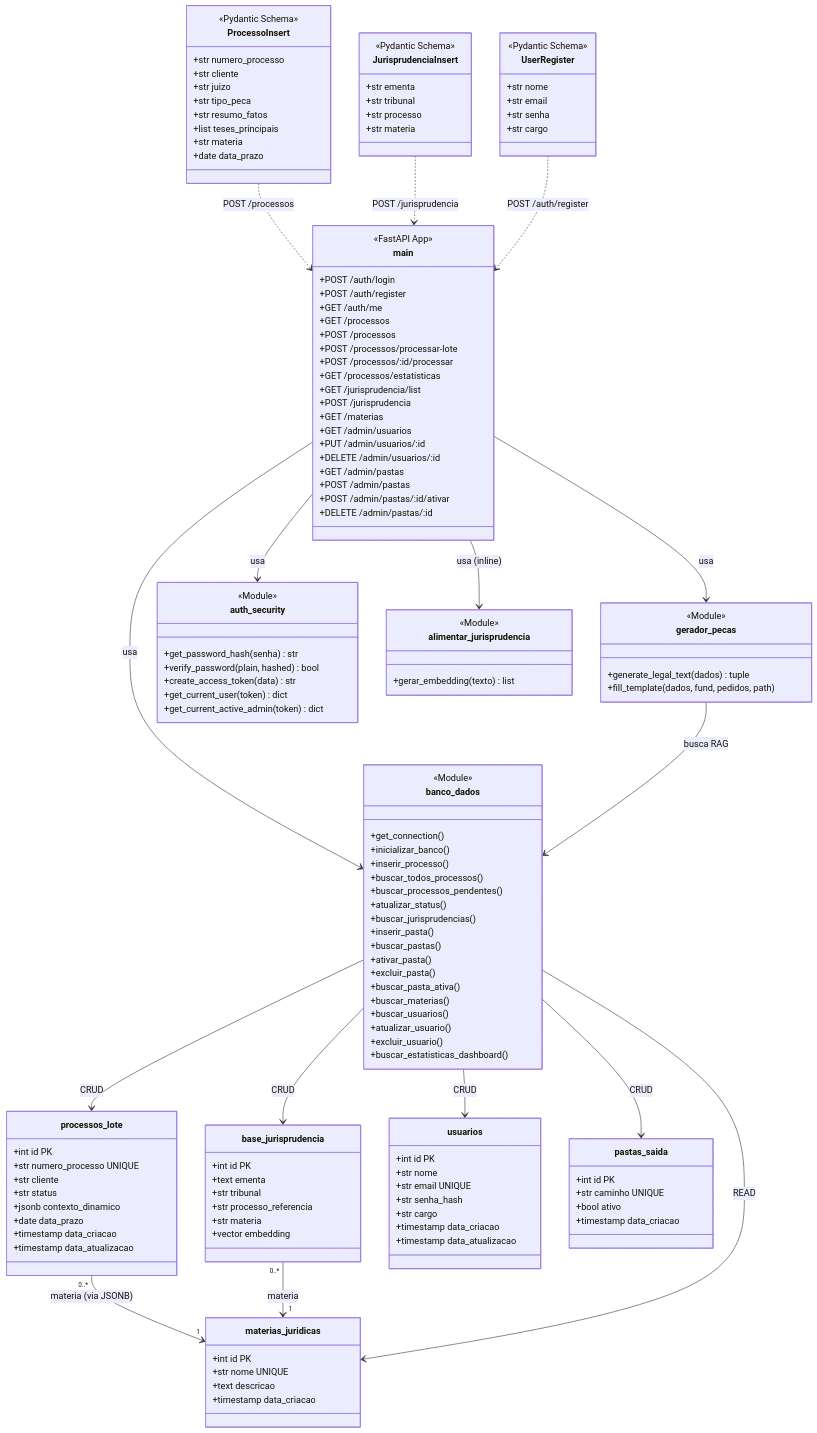
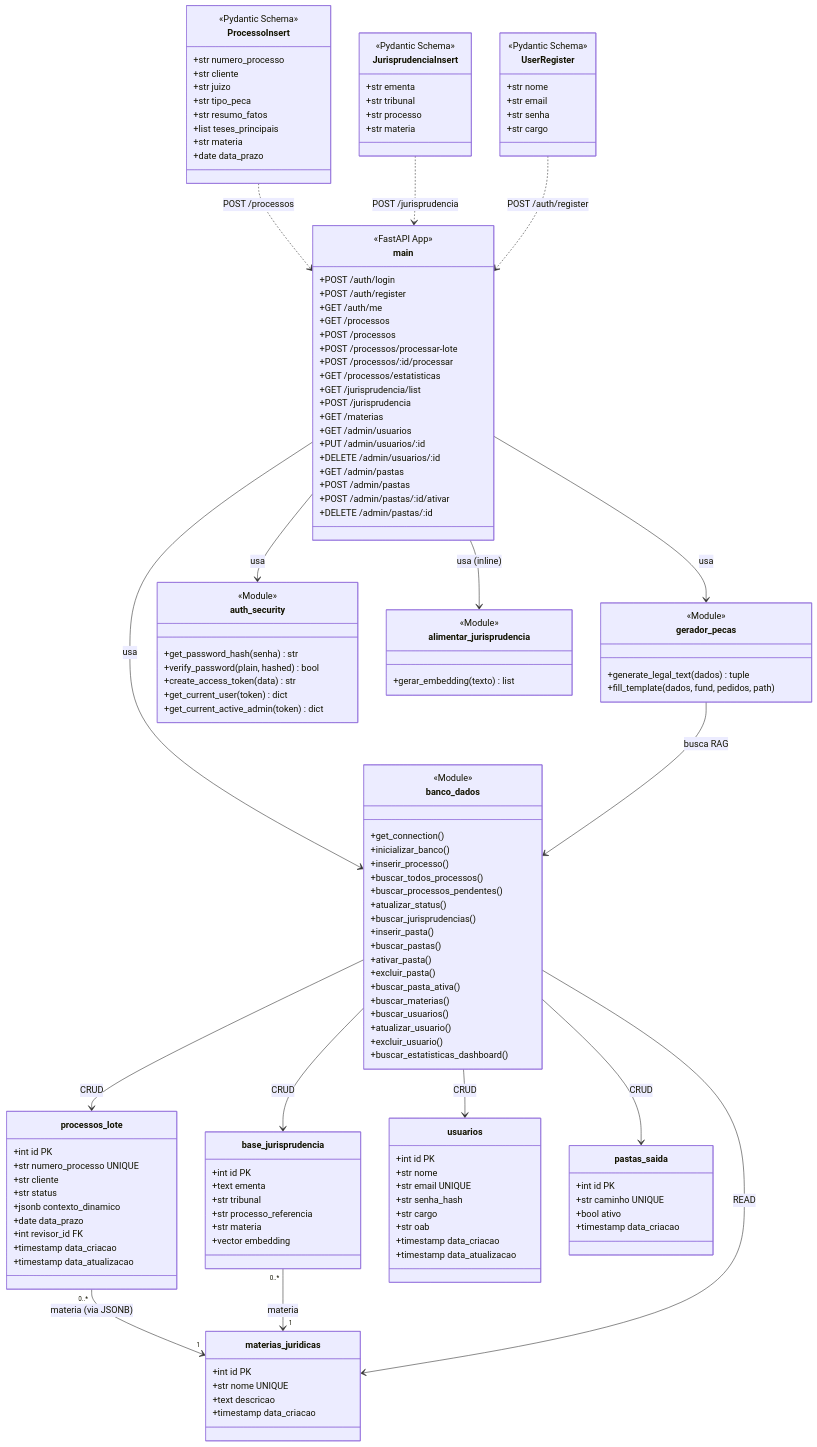
Before and after one commit to nsouzarj/juridicoia: the eighth of 8 diagrams in FLUXOS.md, drawn with Mermaid. The commit also changed other lines of this file and 7 other files, not shown here.

```diff
--- a/FLUXOS.md
+++ b/FLUXOS.md
@@ -430,6 +430,7 @@
         +str status
         +jsonb contexto_dinamico
         +date data_prazo
+        +int revisor_id FK
         +timestamp data_criacao
         +timestamp data_atualizacao
     }
@@ -449,6 +450,7 @@
         +str email UNIQUE
         +str senha_hash
         +str cargo
+        +str oab
         +timestamp data_criacao
         +timestamp data_atualizacao
     }
```
